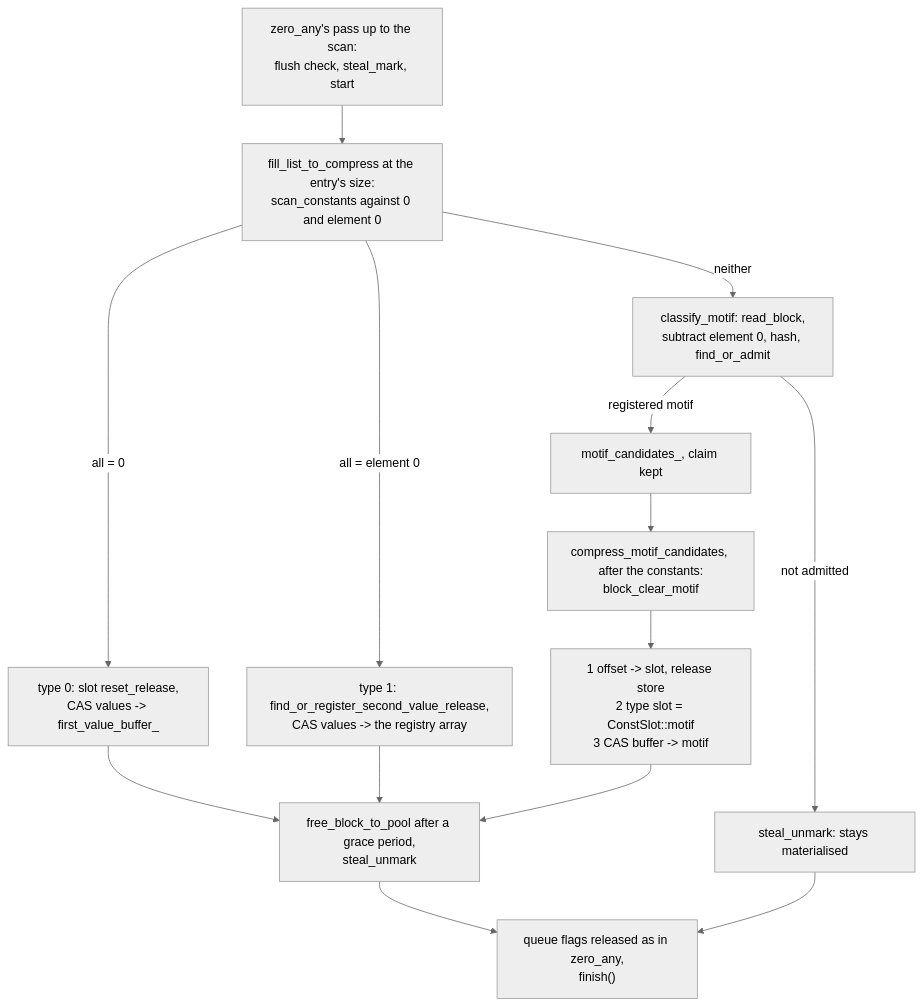
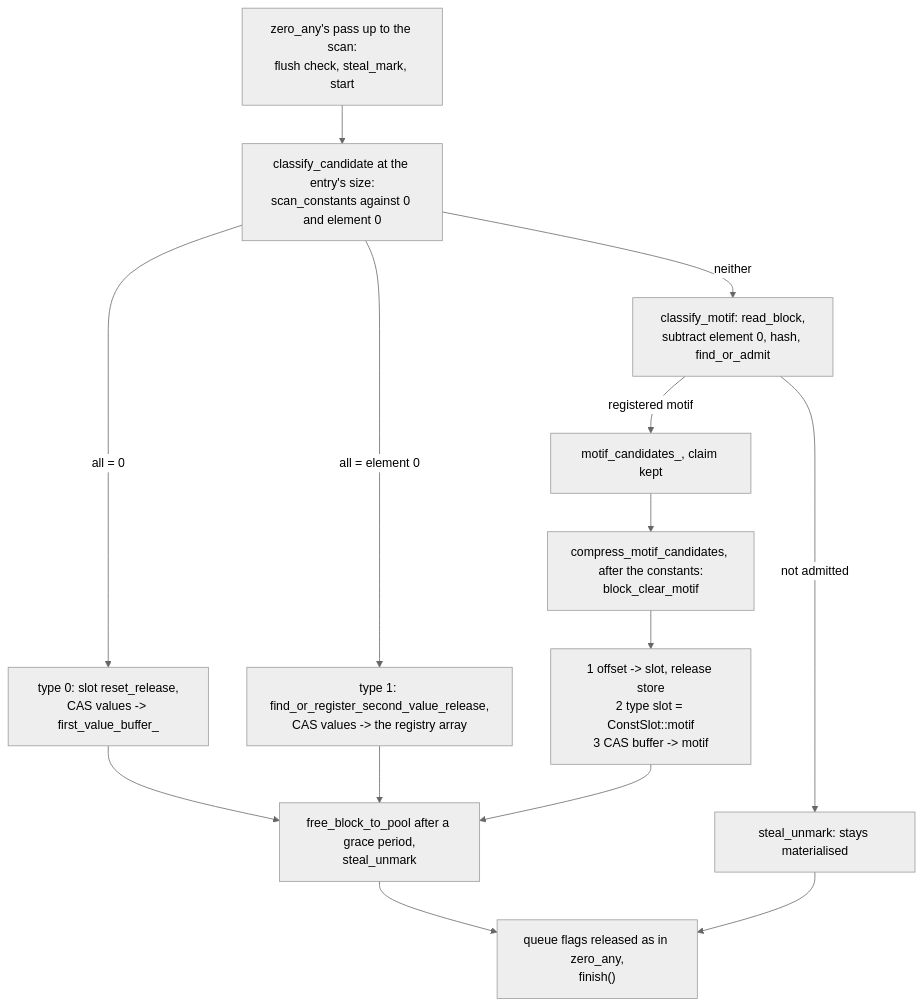
The first of 2 diagrams in docs/algo_pattern.md (cea-hpc/shrink-array), drawn with Mermaid (neutral theme) before and after one commit. The commit also changed other lines of this file and 71 other files, not shown here.

First line of the commit message:
The *_to_compress* and const1/const2 names are the candidate and first/second-value names

````diff
--- a/docs/algo_pattern.md
+++ b/docs/algo_pattern.md
@@ -118,16 +118,16 @@
 ```mermaid
 flowchart TD
-    A["zero_any's pass up to the scan:<br/>flush check, steal_mark, start"] --> E["fill_list_to_compress at the entry's size:<br/>scan_constants against 0 and element 0"]
+    A["zero_any's pass up to the scan:<br/>flush check, steal_mark, start"] --> E["classify_candidate at the entry's size:<br/>scan_constants against 0 and element 0"]
     E -->|"all = 0"| F["type 0: slot reset_release,<br/>CAS values -> first_value_buffer_"]
     E -->|"all = element 0"| G["type 1: find_or_register_second_value_release,<br/>CAS values -> the registry array"]
     E -->|"neither"| M["classify_motif: read_block,<br/>subtract element 0, hash, find_or_admit"]
     M -->|"registered motif"| MC["motif_candidates_, claim kept"]
     M -->|"not admitted"| N["steal_unmark: stays materialised"]
     MC --> O["compress_motif_candidates, after the constants:<br/>block_clear_motif"]
     O --> O1["1 offset -> slot, release store<br/>2 type slot = ConstSlot::motif<br/>3 CAS buffer -> motif"]
     F --> R["free_block_to_pool after a grace period,<br/>steal_unmark"]
     G --> R
     O1 --> R
     R --> K["queue flags released as in zero_any,<br/>finish()"]
     N --> K
 ```
````
